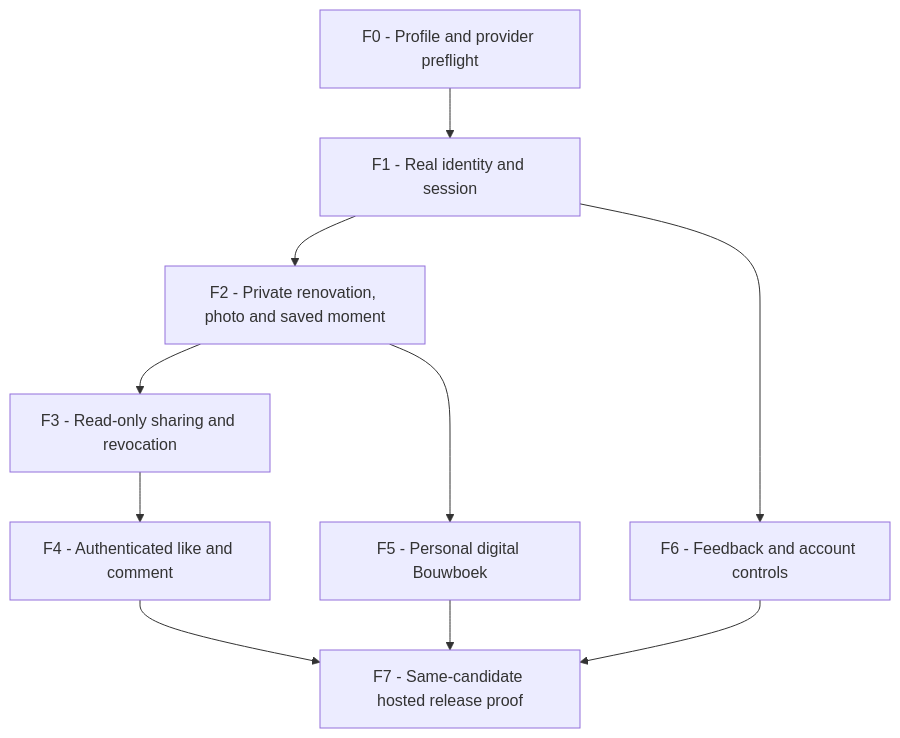
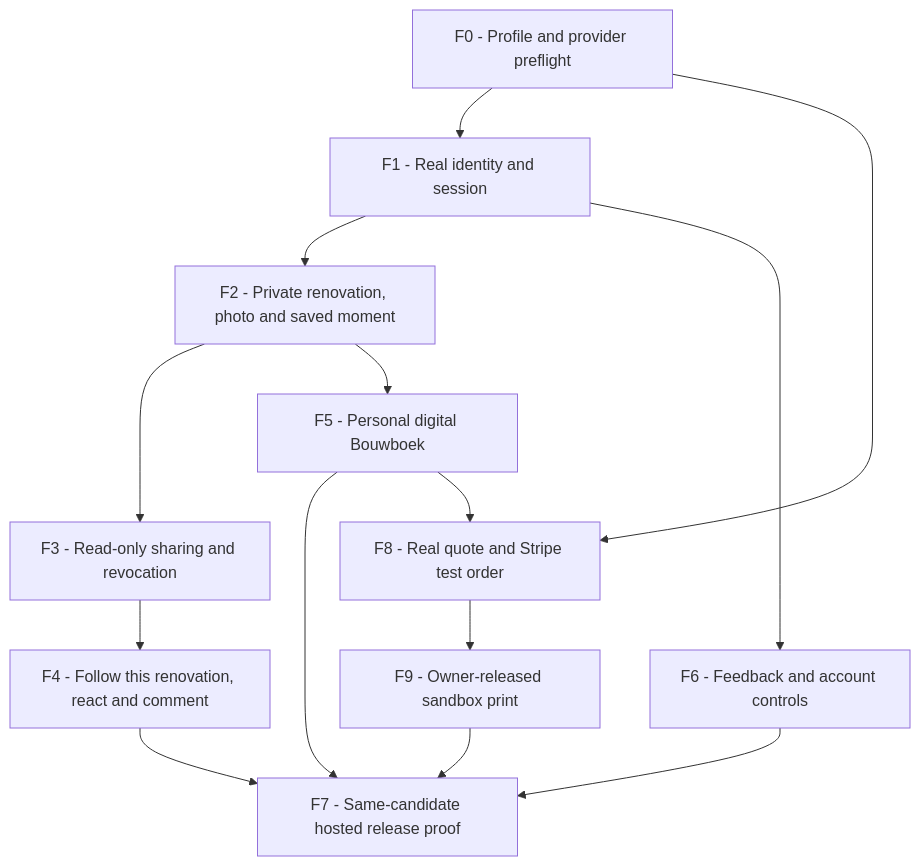
One commit to meestierolff/buildy changed the diagram in docs/architecture/FLOWS.md. Above: the diagram before and after it, drawn with Mermaid. The commit also changed other lines of this file and 62 other files, not shown here.

````diff
--- a/docs/architecture/FLOWS.md
+++ b/docs/architecture/FLOWS.md
@@ -8,12 +8,16 @@
 ```mermaid
 flowchart TD
   F0["F0 - Profile and provider preflight"] --> F1["F1 - Real identity and session"]
   F1 --> F2["F2 - Private renovation, photo and saved moment"]
   F2 --> F3["F3 - Read-only sharing and revocation"]
-  F3 --> F4["F4 - Authenticated like and comment"]
+  F3 --> F4["F4 - Follow this renovation, react and comment"]
   F2 --> F5["F5 - Personal digital Bouwboek"]
   F1 --> F6["F6 - Feedback and account controls"]
   F4 --> F7["F7 - Same-candidate hosted release proof"]
   F5 --> F7
   F6 --> F7
+  F0 --> F8["F8 - Real quote and Stripe test order"]
+  F5 --> F8
+  F8 --> F9["F9 - Owner-released sandbox print"]
+  F9 --> F7
 ```
````
